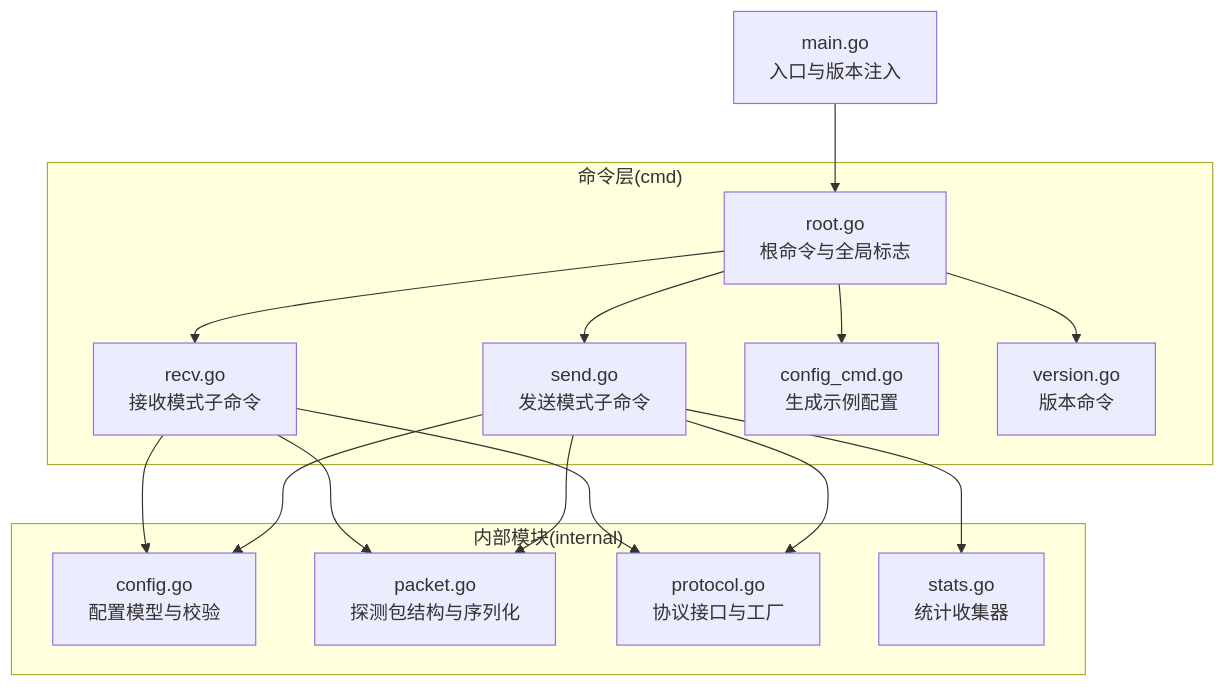
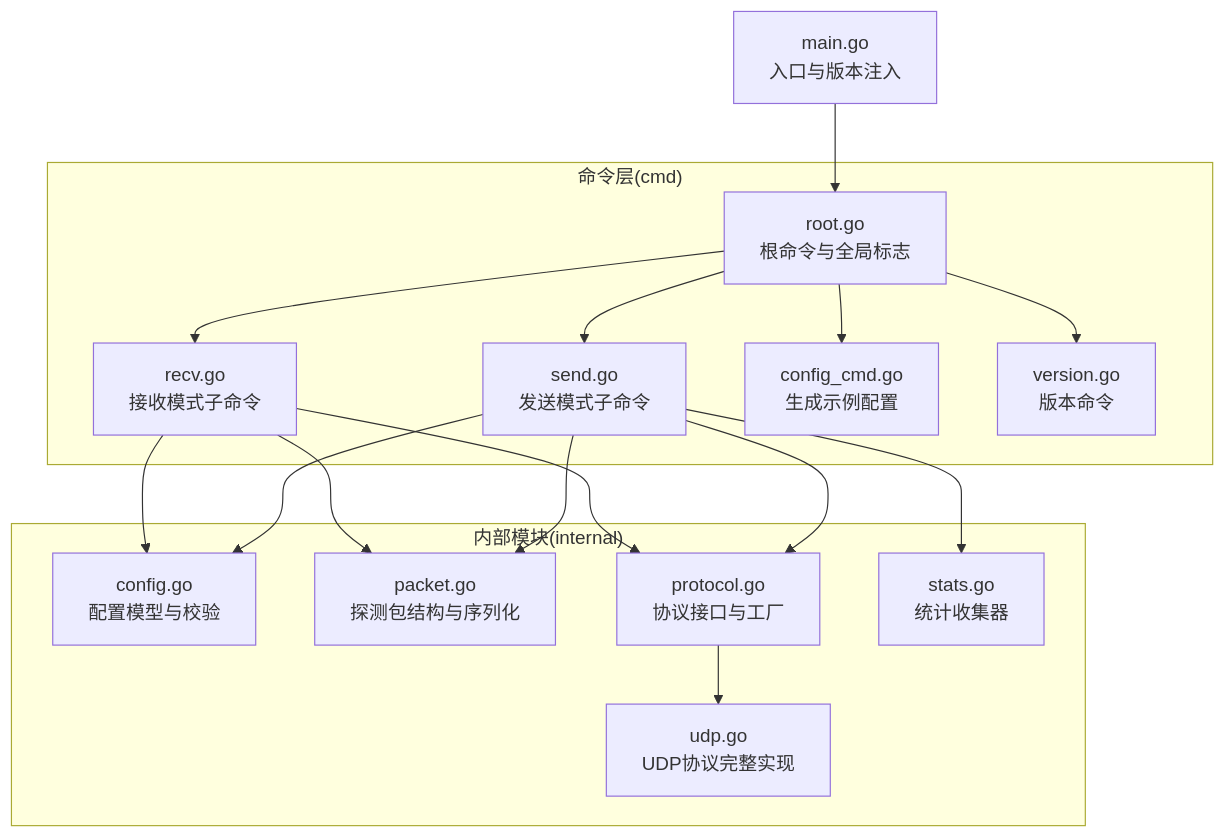
Before and after one commit to yanzhen74/ping-x: the first of 9 diagrams in .qoder/repowiki/zh/content/网络协议支持/UDP 协议测试.md, drawn with Mermaid. The commit also changed other lines of this file and 16 other files, not shown here.

````diff
--- a/.qoder/repowiki/zh/content/网络协议支持/UDP 协议测试.md
+++ b/.qoder/repowiki/zh/content/网络协议支持/UDP 协议测试.md
@@ -42,29 +50,31 @@
 ```mermaid
 graph TB
 subgraph "命令层(cmd)"
 ROOT["root.go<br/>根命令与全局标志"]
 SEND["send.go<br/>发送模式子命令"]
 RECV["recv.go<br/>接收模式子命令"]
 CFG["config_cmd.go<br/>生成示例配置"]
 VER["version.go<br/>版本命令"]
 end
 subgraph "内部模块(internal)"
 CONF["config.go<br/>配置模型与校验"]
 PKT["packet.go<br/>探测包结构与序列化"]
 PROTO["protocol.go<br/>协议接口与工厂"]
+UDP_IMPL["udp.go<br/>UDP协议完整实现"]
 STATS["stats.go<br/>统计收集器"]
 end
 MAIN["main.go<br/>入口与版本注入"]
 MAIN --> ROOT
 ROOT --> SEND
 ROOT --> RECV
 ROOT --> CFG
 ROOT --> VER
 SEND --> CONF
 RECV --> CONF
 SEND --> PROTO
 RECV --> PROTO
+PROTO --> UDP_IMPL
 SEND --> STATS
 SEND --> PKT
 RECV --> PKT
 ```
````
